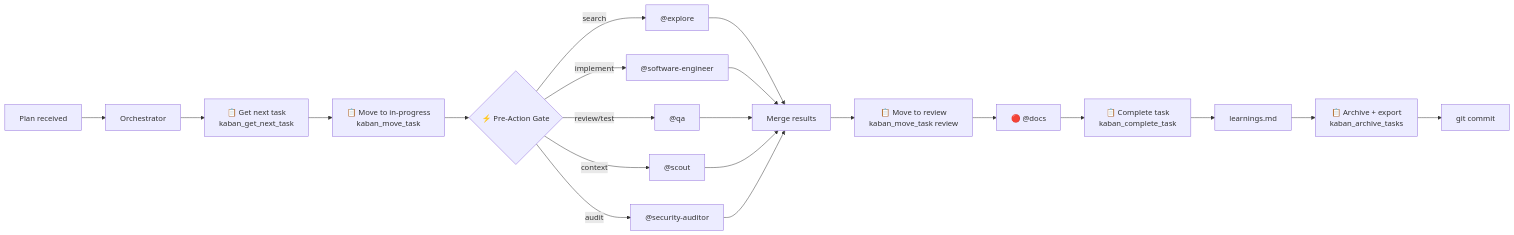
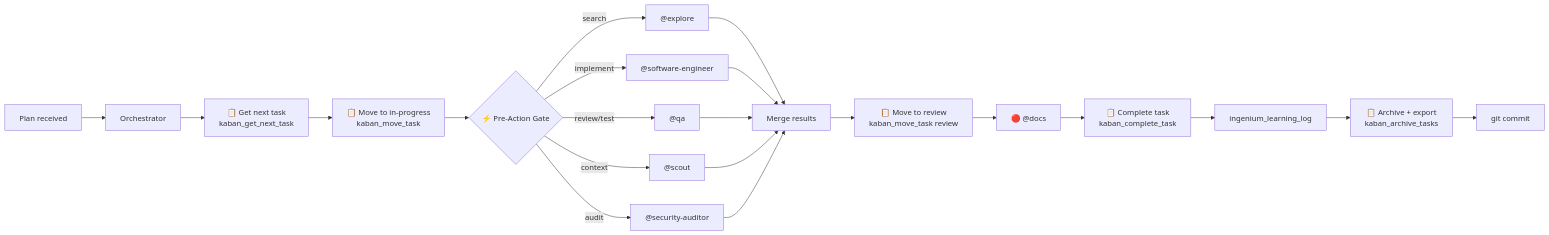
Before and after one commit to jtmb/ingenium: the fourth of 4 diagrams in docs/agents.md, drawn with Mermaid. The commit also changed other lines of this file and 272 other files, not shown here.

````diff
--- a/docs/agents.md
+++ b/docs/agents.md
@@ -388,23 +388,23 @@
 ```mermaid
 flowchart LR
     PLAN["Plan received"] --> O["Orchestrator"]
     O --> KGET["📋 Get next task<br/>kaban_get_next_task"]
     KGET --> KPROG["📋 Move to in-progress<br/>kaban_move_task"]
     KPROG --> GATE{"⚡ Pre-Action Gate"}
     GATE -->|"search"| EXP["@explore"]
     GATE -->|"implement"| SE["@software-engineer"]
     GATE -->|"review/test"| QA["@qa"]
     GATE -->|"audit"| AUDIT["@security-auditor"]
     GATE -->|"context"| SCOUT["@scout"]
     EXP --> MERGE["Merge results"]
     SE --> MERGE
     QA --> MERGE
     SCOUT --> MERGE
     AUDIT --> MERGE
     MERGE --> KREV["📋 Move to review<br/>kaban_move_task <id> review"]
     KREV --> DOC["🔴 @docs"]
     DOC --> KCOMPLETE["📋 Complete task<br/>kaban_complete_task"]
-    KCOMPLETE --> LEARN["learnings.md"]
+    KCOMPLETE --> LEARN["ingenium_learning_log"]
     LEARN --> KARCHIVE["📋 Archive + export<br/>kaban_archive_tasks"]
     KARCHIVE --> COMMIT["git commit"]
 ```
````
